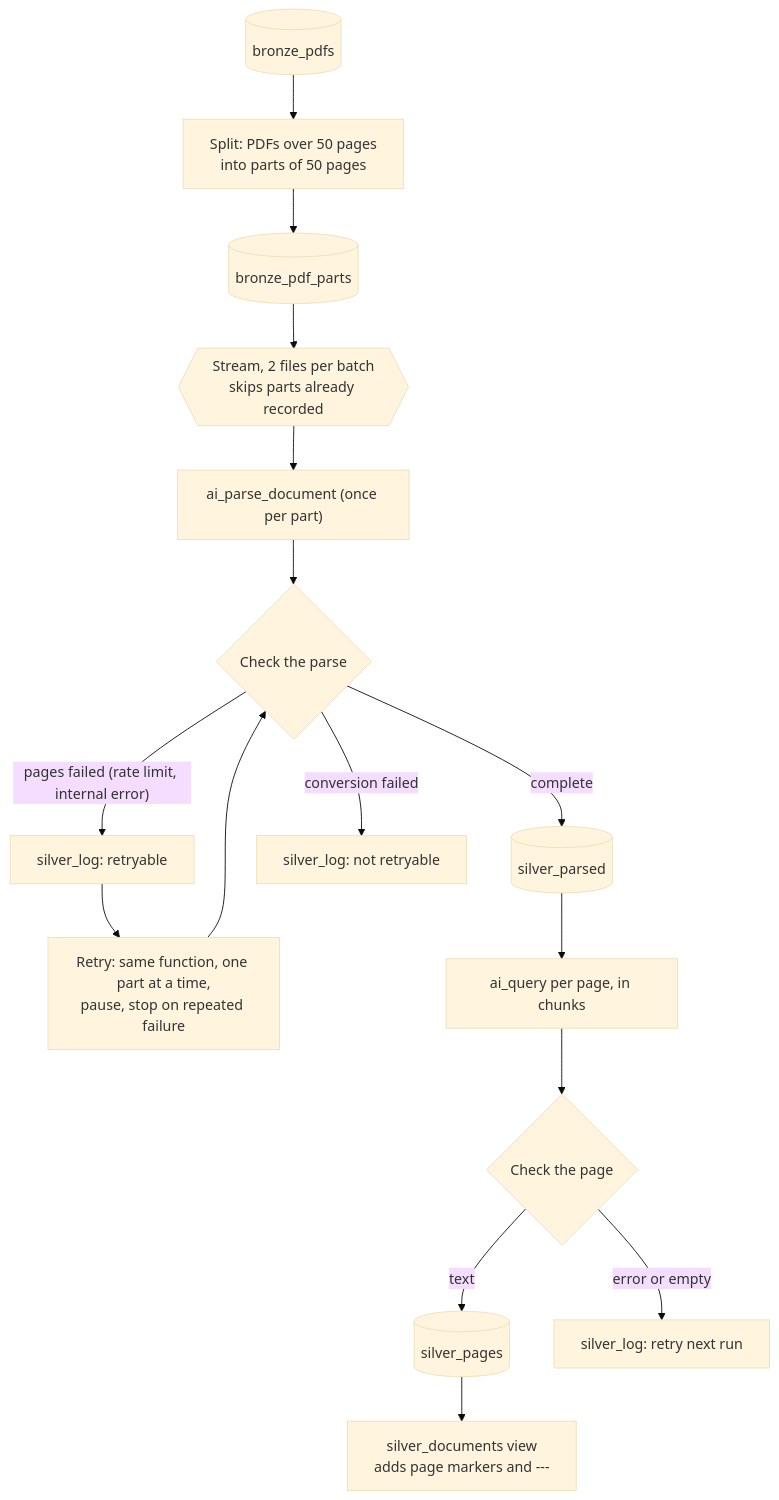
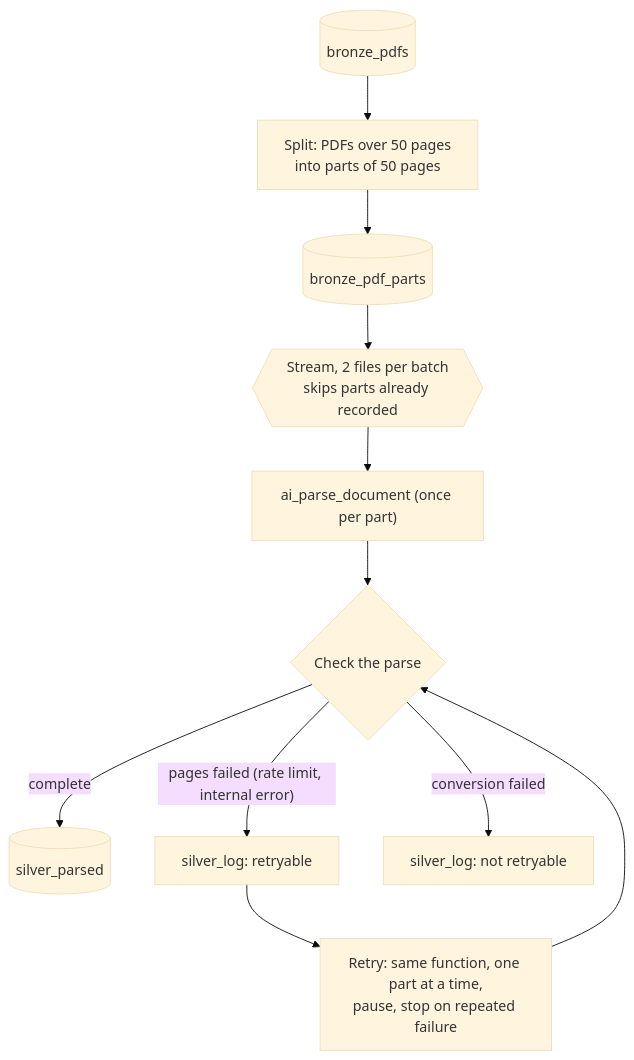
Before and after one commit to SuddhaswattaMaityUK/dbx-finance-bench-rag: the second of 2 diagrams in README.md, drawn with Mermaid (base theme). The commit also changed other lines of this file and 12 other files, not shown here.

First line of the commit message:
Silver: remove the Markdown conversion (silver_convert, silver_pages, silver_documents)

````diff
--- a/README.md
+++ b/README.md
@@ -111,18 +106,13 @@
 ```mermaid
 flowchart TD
     B[(bronze_pdfs)] --> X["Split: PDFs over 50 pages<br/>into parts of 50 pages"]
     X --> T[(bronze_pdf_parts)]
     T --> S{{"Stream, 2 files per batch<br/>skips parts already recorded"}}
     S --> A["ai_parse_document (once per part)"]
     A --> C{"Check the parse"}
     C -- "complete" --> P[(silver_parsed)]
     C -- "pages failed (rate limit, internal error)" --> L1["silver_log: retryable"]
     C -- "conversion failed" --> L2["silver_log: not retryable"]
     L1 --> R["Retry: same function, one part at a time,<br/>pause, stop on repeated failure"]
     R --> C
-    P --> Q["ai_query per page, in chunks"]
-    Q --> K{"Check the page"}
-    K -- "text" --> PG[(silver_pages)]
-    K -- "error or empty" --> L3["silver_log: retry next run"]
-    PG --> V["silver_documents view<br/>adds page markers and ---"]
 ```
````
